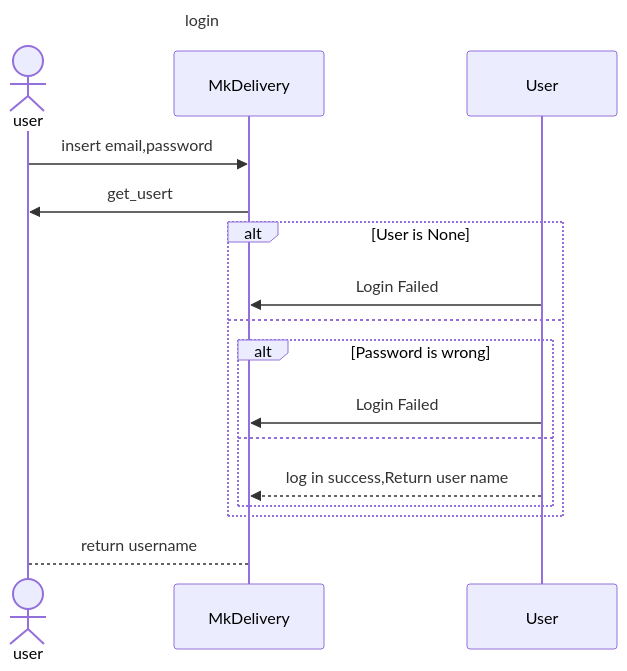
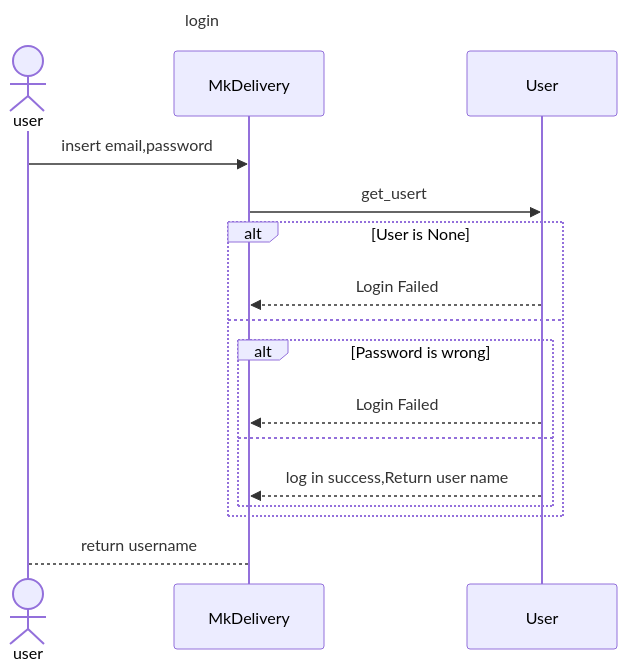
Before and after one commit to MxMhx/OOP_Project_MK_website: the diagram in sequence_diag/auth/login.mmd, drawn with Mermaid.

Commit message:
fix sq login

```diff
--- a/sequence_diag/auth/login.mmd
+++ b/sequence_diag/auth/login.mmd
@@ -1,17 +1,17 @@
 sequenceDiagram
     title login
     actor user
     participant MkDelivery
     participant User
     user ->> MkDelivery :insert email,password
-    MkDelivery ->> user :get_usert
+    MkDelivery ->> User :get_usert
     alt User is None
-        User ->> MkDelivery: Login Failed
+        User -->> MkDelivery: Login Failed
     else
         alt Password is wrong
-            User ->> MkDelivery: Login Failed
+            User -->> MkDelivery: Login Failed
         else
             User -->> MkDelivery: log in success,Return user name
         end
     end
     MkDelivery --> user: return username
```
